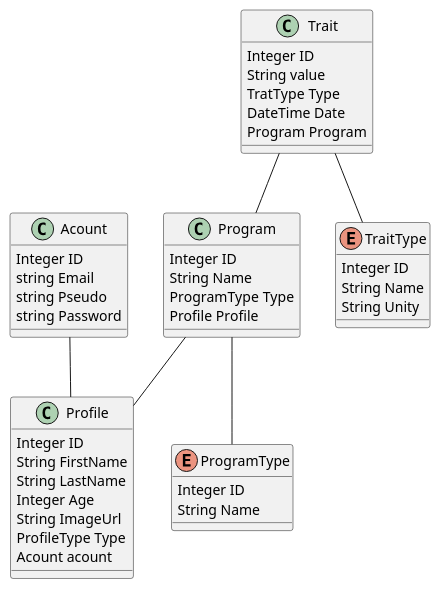
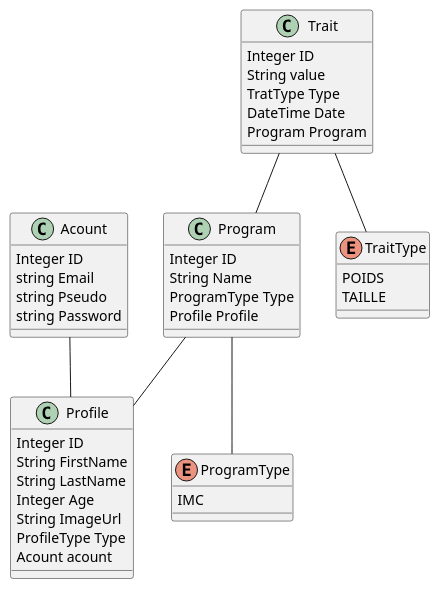
Before and after one commit to darkshark29/heal-fit: the diagram in UML/plant-UML/classes.puml, drawn with PlantUML.

Commit message:
Type classes to Enum

```diff
--- a/UML/plant-UML/classes.puml
+++ b/UML/plant-UML/classes.puml
@@ -1,60 +1,58 @@
 @startuml
 
 class Acount
 {
 	Integer ID
 	string Email
 	string Pseudo
 	string Password
 }
 
 class Profile
 {
 	Integer ID
 	String FirstName
 	String LastName
 	Integer Age
 	String ImageUrl
 	ProfileType Type
 	Acount acount
 }
 
 Acount -- Profile
 
 enum ProgramType
 {
-	Integer ID
-	String Name
+	IMC
 }
 
 class Program
 {
 	Integer ID
 	String Name
 	ProgramType Type
 	Profile Profile
 }
 
 Program -- ProgramType
 Program -- Profile
 
 enum TraitType
 {
-	Integer ID
-	String Name
-	String Unity
+	POIDS
+	TAILLE
 }
 
 class Trait
 { 
 	Integer ID
 	String value
 	TratType Type
 	DateTime Date
 	Program Program
 }
 
 Trait -- TraitType
 Trait -- Program
 
 @enduml
```
